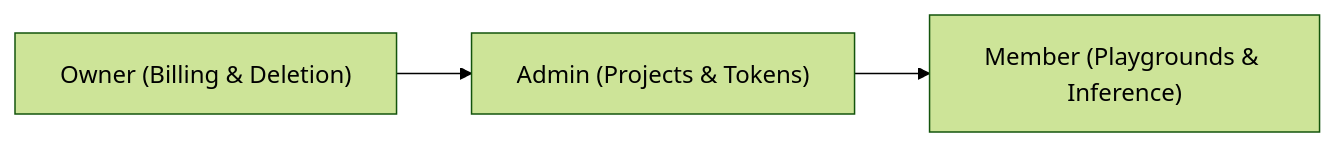
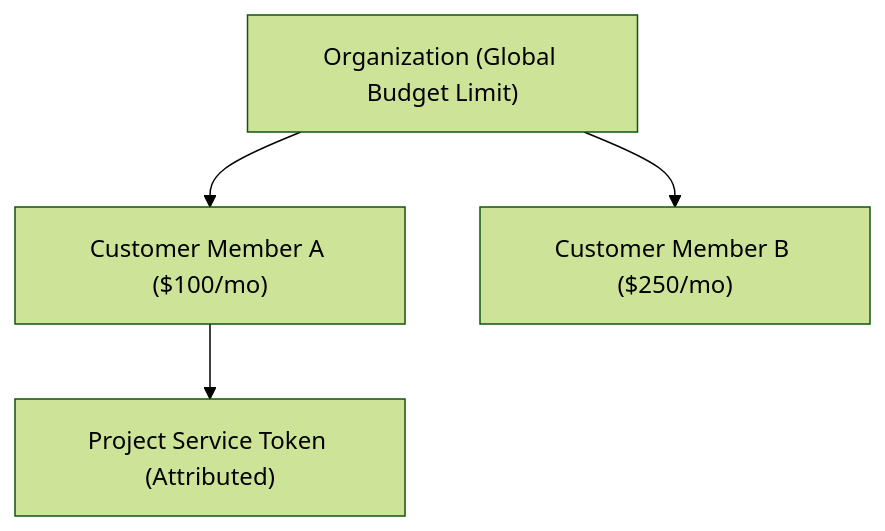
One commit to bhakha-services/naagmani-docs changed the diagram in docs/developer-portal/members.md. Above: the diagram before and after it, drawn with Mermaid (forest theme). The commit also changed other lines of this file and 14 other files, not shown here.

````diff
--- a/docs/developer-portal/members.md
+++ b/docs/developer-portal/members.md
@@ -7,5 +7,7 @@
 ```mermaid
-graph LR
-    Owner["Owner (Billing & Deletion)"] --> Admin["Admin (Projects & Tokens)"]
-    Admin --> Member["Member (Playgrounds & Inference)"]
+graph TD
+    Org["Organization (Global Budget Limit)"]
+    Org --> MemberA["Customer Member A ($100/mo)"]
+    Org --> MemberB["Customer Member B ($250/mo)"]
+    MemberA --> PST["Project Service Token (Attributed)"]
 ```
````
